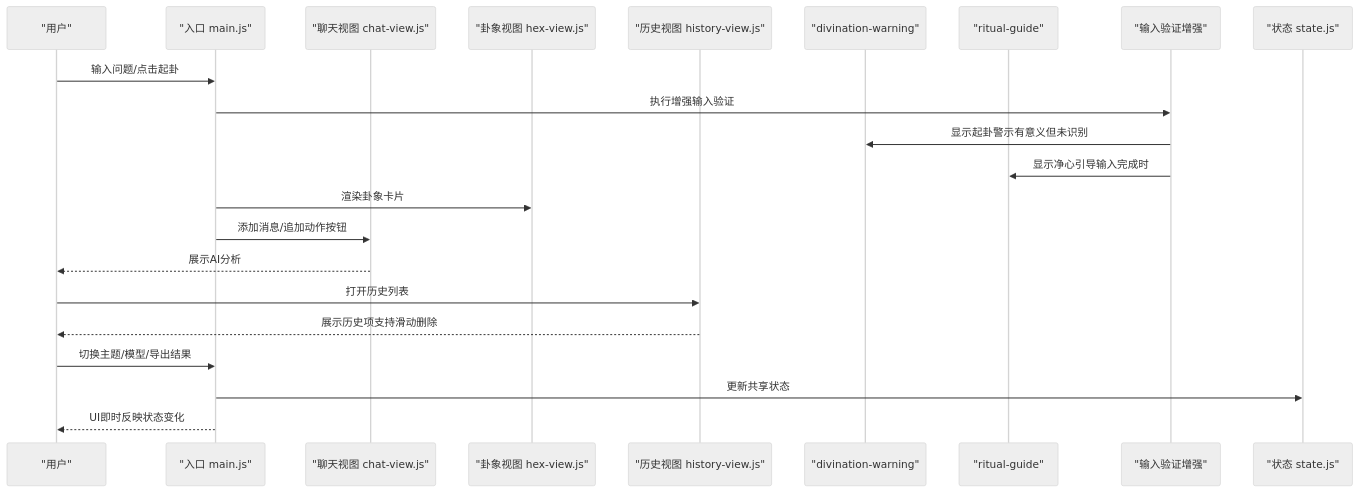
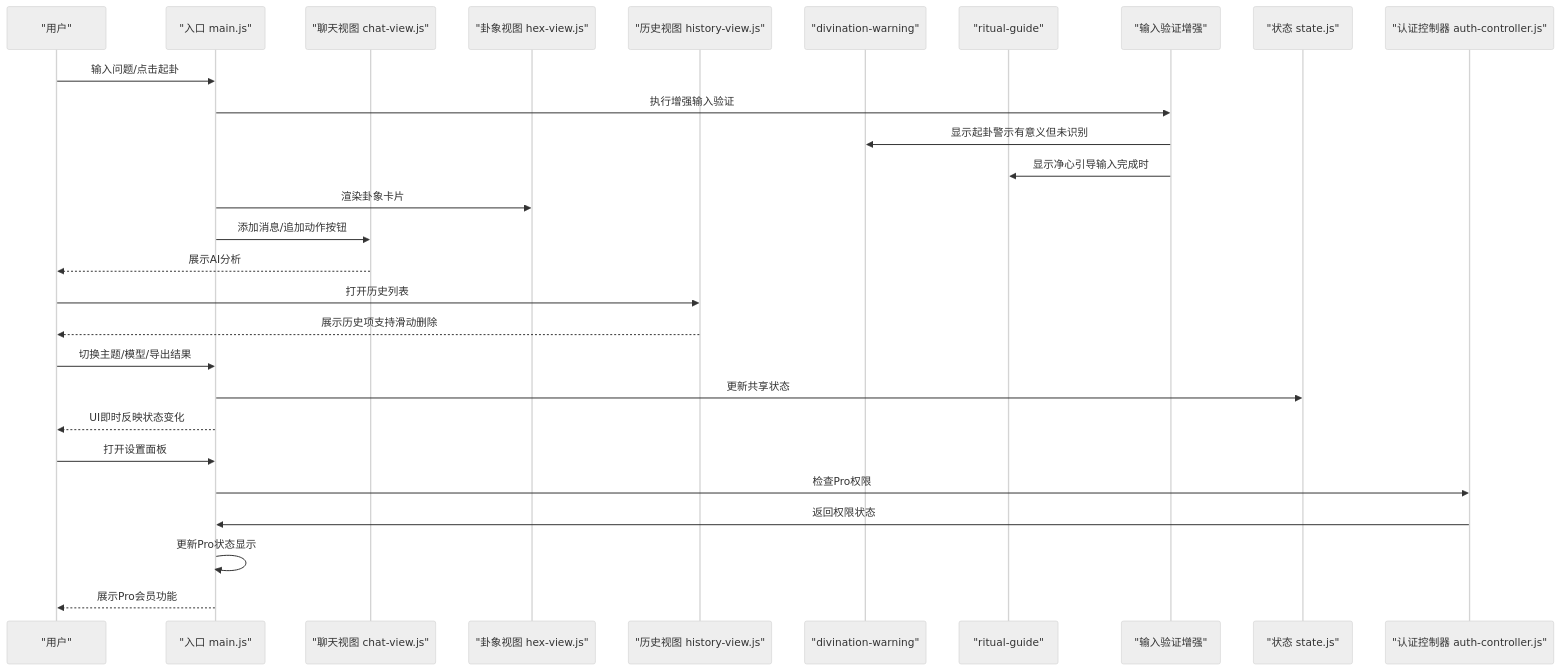
The second of 11 diagrams in .qoder/repowiki/zh/content/用户界面/用户界面.md (ghg618-ui/meihuayili-3.8), drawn with Mermaid (neutral theme) before and after one commit. The commit also changed other lines of this file and 6 other files, not shown here.

````diff
--- a/.qoder/repowiki/zh/content/用户界面/用户界面.md
+++ b/.qoder/repowiki/zh/content/用户界面/用户界面.md
@@ -110,24 +109,30 @@
 ```mermaid
 sequenceDiagram
 participant U as "用户"
 participant M as "入口 main.js"
 participant C as "聊天视图 chat-view.js"
 participant H as "卦象视图 hex-view.js"
 participant R as "历史视图 history-view.js"
 participant W as "divination-warning"
 participant G as "ritual-guide"
 participant V as "输入验证增强"
 participant S as "状态 state.js"
+participant A as "认证控制器 auth-controller.js"
 U->>M : 输入问题/点击起卦
 M->>V : 执行增强输入验证
 V->>W : 显示起卦警示有意义但未识别
 V->>G : 显示净心引导输入完成时
 M->>H : 渲染卦象卡片
 M->>C : 添加消息/追加动作按钮
 C-->>U : 展示AI分析
 U->>R : 打开历史列表
 R-->>U : 展示历史项支持滑动删除
 U->>M : 切换主题/模型/导出结果
 M->>S : 更新共享状态
 M-->>U : UI即时反映状态变化
+U->>M : 打开设置面板
+M->>A : 检查Pro权限
+A->>M : 返回权限状态
+M->>M : 更新Pro状态显示
+M-->>U : 展示Pro会员功能
 ```
````
